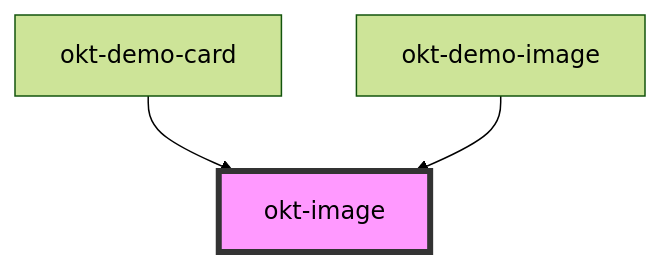
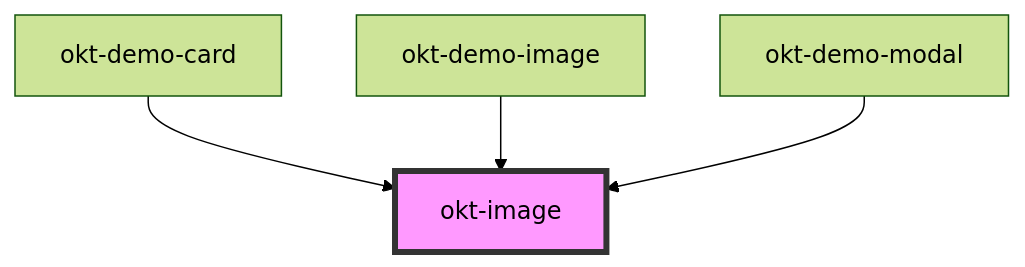
Before and after one commit to oktopusdgtl/bulma-components: the diagram in src/components/image/readme.md, drawn with Mermaid (forest theme). The commit also changed other lines of this file and 37 other files, not shown here.

````diff
--- a/src/components/image/readme.md
+++ b/src/components/image/readme.md
@@ -27,6 +28,7 @@
 ```mermaid
 graph TD;
   okt-demo-card --> okt-image
   okt-demo-image --> okt-image
+  okt-demo-modal --> okt-image
   style okt-image fill:#f9f,stroke:#333,stroke-width:4px
 ```
````
